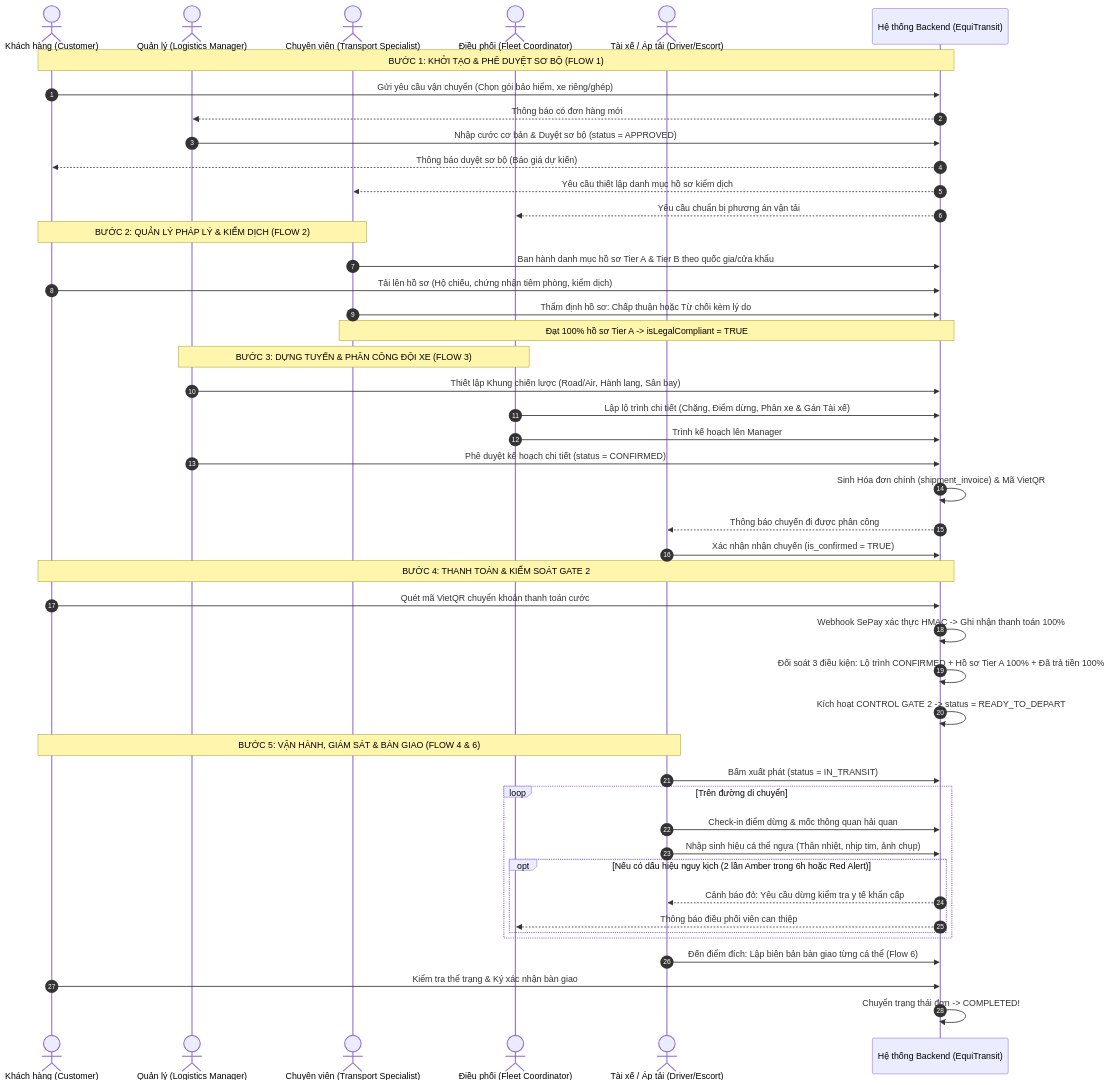
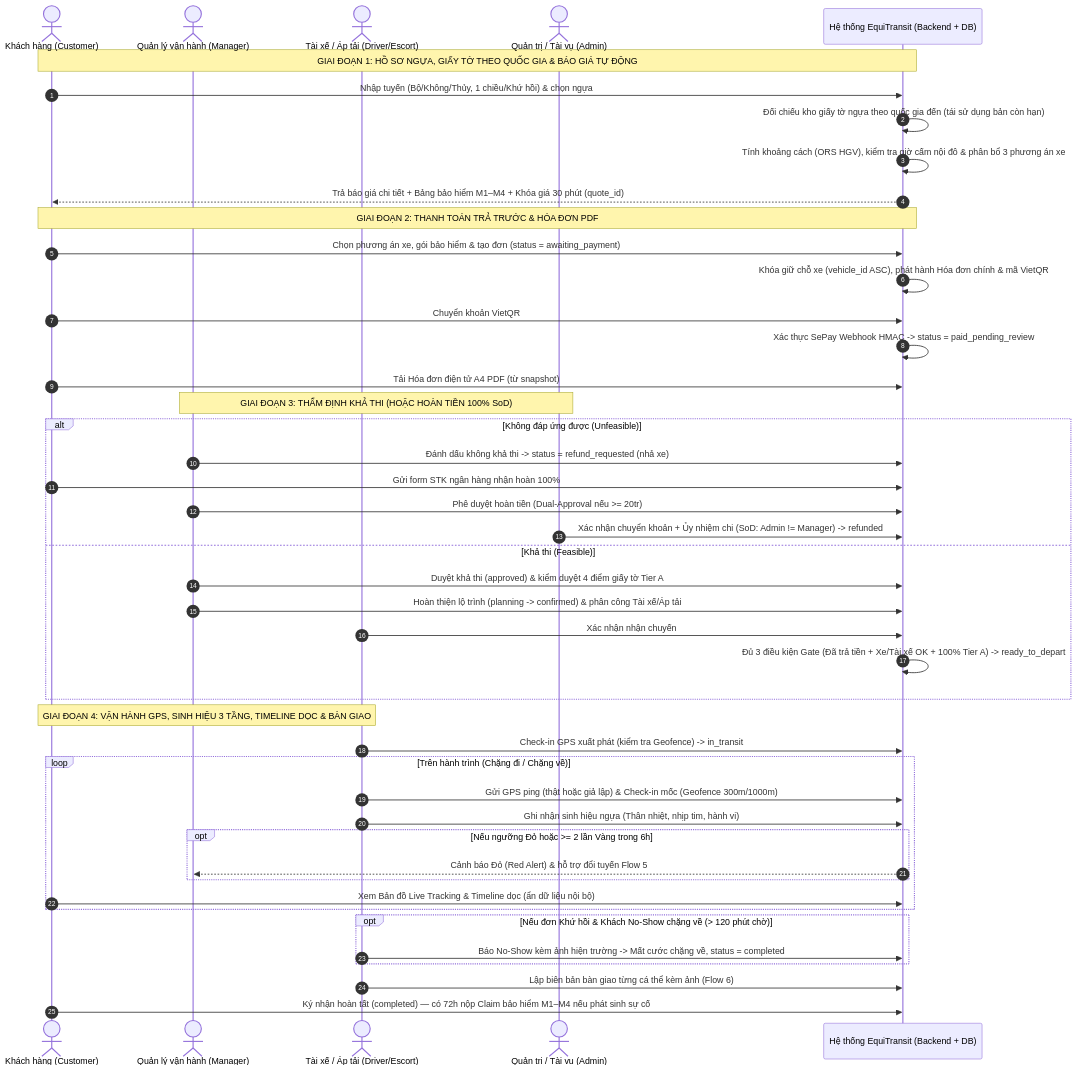
One commit to DuongHoaBinh/SWP391_GROUP1 changed the third of 3 diagrams in filethongtin.md. Above: the diagram before and after it, drawn with Mermaid. The commit also changed other lines of this file and 22 other files, not shown here.

````diff
--- a/filethongtin.md
+++ b/filethongtin.md
@@ -672,53 +534,51 @@
 ```mermaid
 sequenceDiagram
     autonumber
     actor C as Khách hàng (Customer)
-    actor M as Quản lý (Logistics Manager)
-    actor S as Chuyên viên (Transport Specialist)
-    actor F as Điều phối (Fleet Coordinator)
+    actor M as Quản lý vận hành (Manager)
     actor D as Tài xế / Áp tải (Driver/Escort)
-    participant SYS as Hệ thống Backend (EquiTransit)
+    actor A as Quản trị / Tài vụ (Admin)
+    participant SYS as Hệ thống EquiTransit (Backend + DB)
 
-    Note over C, SYS: BƯỚC 1: KHỞI TẠO & PHÊ DUYỆT SƠ BỘ (FLOW 1)
-    C->>SYS: Gửi yêu cầu vận chuyển (Chọn gói bảo hiểm, xe riêng/ghép)
-    SYS-->>M: Thông báo có đơn hàng mới
-    M->>SYS: Nhập cước cơ bản & Duyệt sơ bộ (status = APPROVED)
-    SYS-->>C: Thông báo duyệt sơ bộ (Báo giá dự kiến)
-    SYS-->>S: Yêu cầu thiết lập danh mục hồ sơ kiểm dịch
-    SYS-->>F: Yêu cầu chuẩn bị phương án vận tải
+    Note over C, SYS: GIAI ĐOẠN 1: HỒ SƠ NGỰA, GIẤY TỜ THEO QUỐC GIA & BÁO GIÁ TỰ ĐỘNG
+    C->>SYS: Nhập tuyến (Bộ/Không/Thủy, 1 chiều/Khứ hồi) & chọn ngựa
+    SYS->>SYS: Đối chiếu kho giấy tờ ngựa theo quốc gia đến (tái sử dụng bản còn hạn)
+    SYS->>SYS: Tính khoảng cách (ORS HGV), kiểm tra giờ cấm nội đô & phân bổ 3 phương án xe
+    SYS-->>C: Trả báo giá chi tiết + Bảng bảo hiểm M1–M4 + Khóa giá 30 phút (quote_id)
 
-    Note over S, C: BƯỚC 2: QUẢN LÝ PHÁP LÝ & KIỂM DỊCH (FLOW 2)
-    S->>SYS: Ban hành danh mục hồ sơ Tier A & Tier B theo quốc gia/cửa khẩu
-    C->>SYS: Tải lên hồ sơ (Hộ chiếu, chứng nhận tiêm phòng, kiểm dịch)
-    S->>SYS: Thẩm định hồ sơ: Chấp thuận hoặc Từ chối kèm lý do
-    Note over S, SYS: Đạt 100% hồ sơ Tier A -> isLegalCompliant = TRUE
+    Note over C, SYS: GIAI ĐOẠN 2: THANH TOÁN TRẢ TRƯỚC & HÓA ĐƠN PDF
+    C->>SYS: Chọn phương án xe, gói bảo hiểm & tạo đơn (status = awaiting_payment)
+    SYS->>SYS: Khóa giữ chỗ xe (vehicle_id ASC), phát hành Hóa đơn chính & mã VietQR
+    C->>SYS: Chuyển khoản VietQR
+    SYS->>SYS: Xác thực SePay Webhook HMAC -> status = paid_pending_review
+    C->>SYS: Tải Hóa đơn điện tử A4 PDF (từ snapshot)
 
-    Note over M, F: BƯỚC 3: DỰNG TUYẾN & PHÂN CÔNG ĐỘI XE (FLOW 3)
-    M->>SYS: Thiết lập Khung chiến lược (Road/Air, Hành lang, Sân bay)
-    F->>SYS: Lập lộ trình chi tiết (Chặng, Điểm dừng, Phân xe & Gán Tài xế)
-    F->>SYS: Trình kế hoạch lên Manager
-    M->>SYS: Phê duyệt kế hoạch chi tiết (status = CONFIRMED)
-    SYS->>SYS: Sinh Hóa đơn chính (shipment_invoice) & Mã VietQR
-    SYS-->>D: Thông báo chuyến đi được phân công
-    D->>SYS: Xác nhận nhận chuyến (is_confirmed = TRUE)
+    Note over M, A: GIAI ĐOẠN 3: THẨM ĐỊNH KHẢ THI (HOẶC HOÀN TIỀN 100% SoD)
+    alt Không đáp ứng được (Unfeasible)
+        M->>SYS: Đánh dấu không khả thi -> status = refund_requested (nhả xe)
+        C->>SYS: Gửi form STK ngân hàng nhận hoàn 100%
+        M->>SYS: Phê duyệt hoàn tiền (Dual-Approval nếu >= 20tr)
+        A->>SYS: Xác nhận chuyển khoản + Ủy nhiệm chi (SoD: Admin != Manager) -> refunded
+    else Khả thi (Feasible)
+        M->>SYS: Duyệt khả thi (approved) & kiểm duyệt 4 điểm giấy tờ Tier A
+        M->>SYS: Hoàn thiện lộ trình (planning -> confirmed) & phân công Tài xế/Áp tải
+        D->>SYS: Xác nhận nhận chuyến
+        SYS->>SYS: Đủ 3 điều kiện Gate (Đã trả tiền + Xe/Tài xế OK + 100% Tier A) -> ready_to_depart
+    end
 
-    Note over C, SYS: BƯỚC 4: THANH TOÁN & KIỂM SOÁT GATE 2
-    C->>SYS: Quét mã VietQR chuyển khoản thanh toán cước
-    SYS->>SYS: Webhook SePay xác thực HMAC -> Ghi nhận thanh toán 100%
-    SYS->>SYS: Đối soát 3 điều kiện: Lộ trình CONFIRMED + Hồ sơ Tier A 100% + Đã trả tiền 100%
-    SYS->>SYS: Kích hoạt CONTROL GATE 2 -> status = READY_TO_DEPART
-
-    Note over D, C: BƯỚC 5: VẬN HÀNH, GIÁM SÁT & BÀN GIAO (FLOW 4 & 6)
-    D->>SYS: Bấm xuất phát (status = IN_TRANSIT)
-    loop Trên đường di chuyển
-        D->>SYS: Check-in điểm dừng & mốc thông quan hải quan
-        D->>SYS: Nhập sinh hiệu cá thể ngựa (Thân nhiệt, nhịp tim, ảnh chụp)
-        opt Nếu có dấu hiệu nguy kịch (2 lần Amber trong 6h hoặc Red Alert)
-            SYS-->>D: Cảnh báo đỏ: Yêu cầu dừng kiểm tra y tế khẩn cấp
-            SYS-->>F: Thông báo điều phối viên can thiệp
+    Note over D, C: GIAI ĐOẠN 4: VẬN HÀNH GPS, SINH HIỆU 3 TẦNG, TIMELINE DỌC & BÀN GIAO
+    D->>SYS: Check-in GPS xuất phát (kiểm tra Geofence) -> in_transit
+    loop Trên hành trình (Chặng đi / Chặng về)
+        D->>SYS: Gửi GPS ping (thật hoặc giả lập) & Check-in mốc (Geofence 300m/1000m)
+        D->>SYS: Ghi nhận sinh hiệu ngựa (Thân nhiệt, nhịp tim, hành vi)
+        opt Nếu ngưỡng Đỏ hoặc >= 2 lần Vàng trong 6h
+            SYS-->>M: Cảnh báo Đỏ (Red Alert) & hỗ trợ đổi tuyến Flow 5
         end
+        C->>SYS: Xem Bản đồ Live Tracking & Timeline dọc (ẩn dữ liệu nội bộ)
     end
-    D->>SYS: Đến điểm đích: Lập biên bản bàn giao từng cá thể (Flow 6)
-    C->>SYS: Kiểm tra thể trạng & Ký xác nhận bàn giao
-    SYS->>SYS: Chuyển trạng thái đơn -> COMPLETED!
+    opt Nếu đơn Khứ hồi & Khách No-Show chặng về (> 120 phút chờ)
+        D->>SYS: Báo No-Show kèm ảnh hiện trường -> Mất cước chặng về, status = completed
+    end
+    D->>SYS: Lập biên bản bàn giao từng cá thể kèm ảnh (Flow 6)
+    C->>SYS: Ký nhận hoàn tất (completed) — có 72h nộp Claim bảo hiểm M1–M4 nếu phát sinh sự cố
 ```
````
